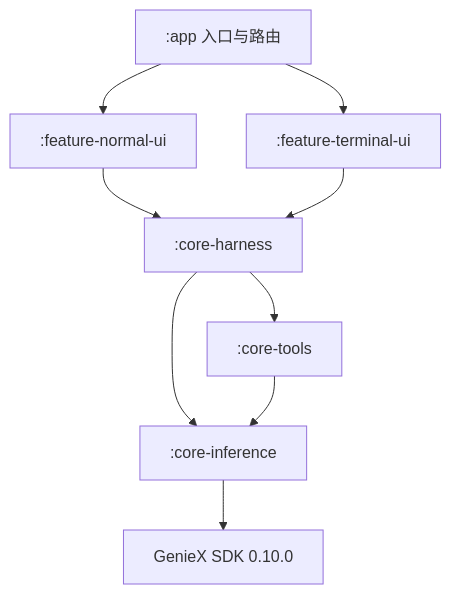
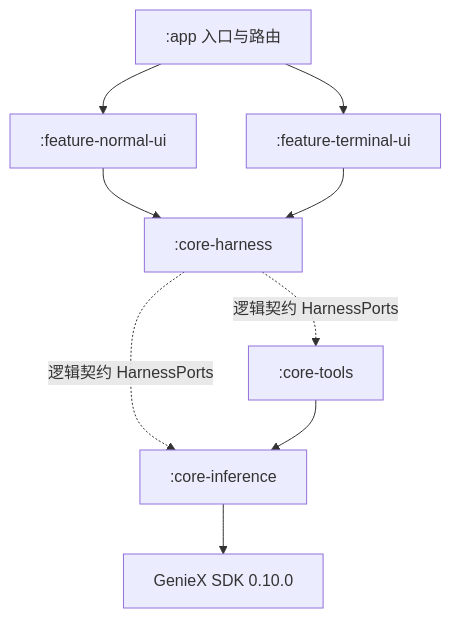
One commit to Thatgfsj/QAA changed the first of 2 diagrams in docs/ARCHITECTURE.md. Above: the diagram before and after it, drawn with Mermaid. The commit also changed other lines of this file, not shown here.

Commit message:
docs: 模块依赖图标注逻辑契约与装配层反转 (#30)

````diff
--- a/docs/ARCHITECTURE.md
+++ b/docs/ARCHITECTURE.md
@@ -21,11 +21,11 @@
 ```mermaid
 graph TD
     APP[:app 入口与路由] --> NUI[:feature-normal-ui]
     APP --> TUI[:feature-terminal-ui]
     NUI --> HAR[:core-harness]
     TUI --> HAR
-    HAR --> INF[:core-inference]
-    HAR --> TOOL[:core-tools]
+    HAR -. 逻辑契约 HarnessPorts .-> INF[:core-inference]
+    HAR -. 逻辑契约 HarnessPorts .-> TOOL[:core-tools]
     TOOL --> INF
     INF --> GENIEX[GenieX SDK 0.10.0]
 ```
````
